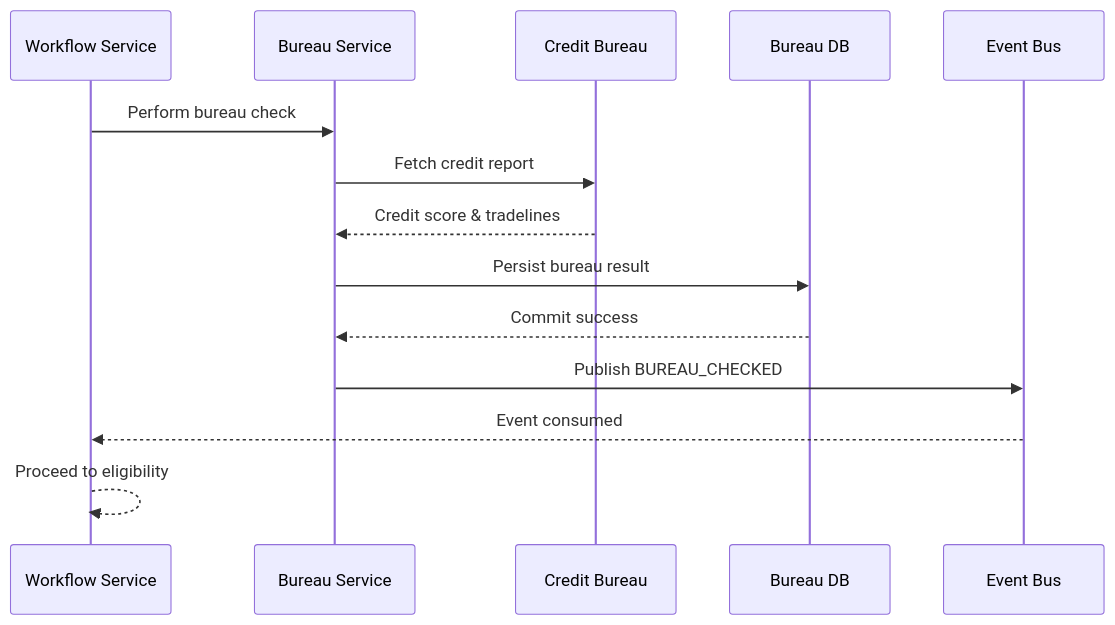
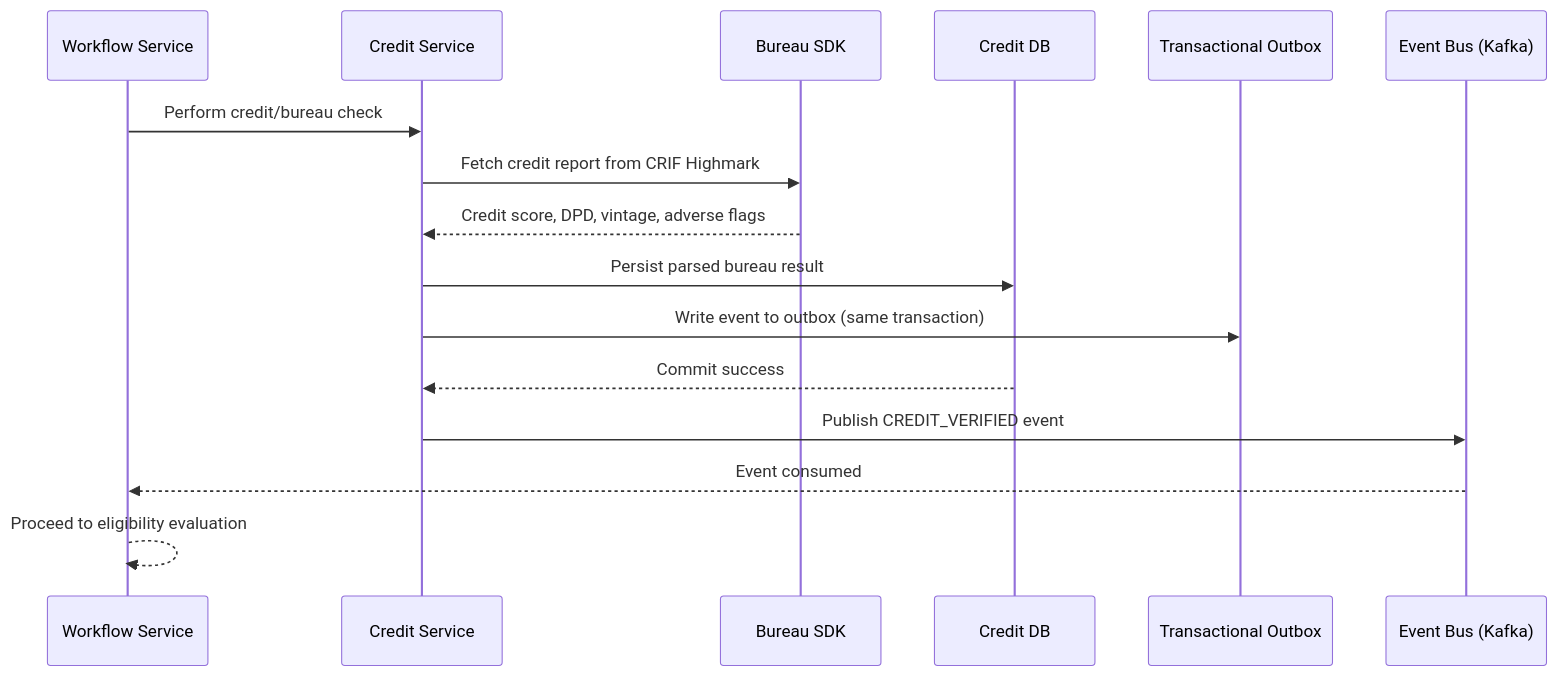
The diagram in docs/domain-design/diagrams/sequence/bureau-check.mmd (digital-loan-org/digital-loan-architecture), drawn with Mermaid before and after one commit. The commit also changed 19 other files, not shown here.

Commit message:
Updated the architecture

```diff
--- a/docs/domain-design/diagrams/sequence/bureau-check.mmd
+++ b/docs/domain-design/diagrams/sequence/bureau-check.mmd
@@ -1,15 +1,17 @@
 sequenceDiagram
     participant WF as Workflow Service
-    participant Bureau as Bureau Service
-    participant Vendor as Credit Bureau
-    participant DB as Bureau DB
-    participant Kafka as Event Bus
+    participant Credit as Credit Service
+    participant Bureau as Bureau SDK
+    participant DB as Credit DB
+    participant Outbox as Transactional Outbox
+    participant Kafka as Event Bus (Kafka)
 
-    WF->>Bureau: Perform bureau check
-    Bureau->>Vendor: Fetch credit report
-    Vendor-->>Bureau: Credit score & tradelines
-    Bureau->>DB: Persist bureau result
-    DB-->>Bureau: Commit success
-    Bureau->>Kafka: Publish BUREAU_CHECKED
+    WF->>Credit: Perform credit/bureau check
+    Credit->>Bureau: Fetch credit report from CRIF Highmark
+    Bureau-->>Credit: Credit score, DPD, vintage, adverse flags
+    Credit->>DB: Persist parsed bureau result
+    Credit->>Outbox: Write event to outbox (same transaction)
+    DB-->>Credit: Commit success
+    Credit->>Kafka: Publish CREDIT_VERIFIED event
     Kafka-->>WF: Event consumed
-    WF-->>WF: Proceed to eligibility
+    WF-->>WF: Proceed to eligibility evaluation
```
